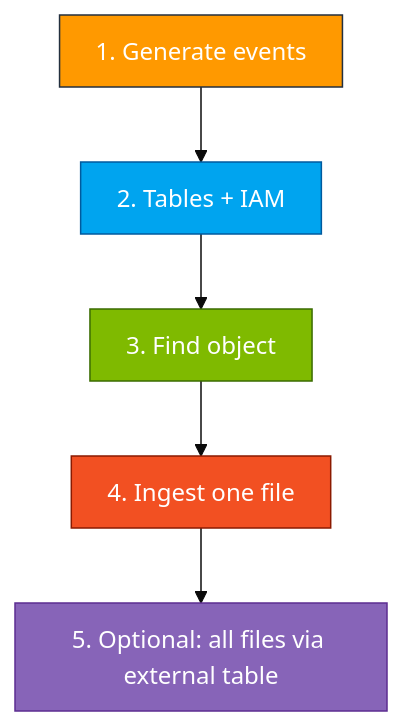
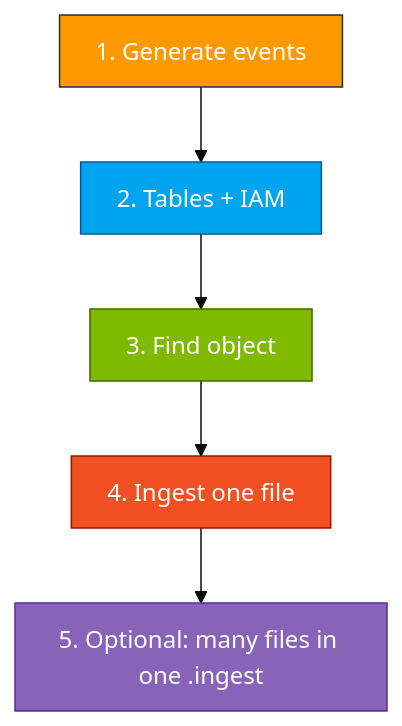
Before and after one commit to atingupta2005/adx-aws-training-aug-26: the diagram in Module_02_AWS_CloudTrail/02_CloudTrail_to_ADX_Lab.md, drawn with Mermaid. The commit also changed other lines of this file and 2 other files, not shown here.

Commit message:
Fix Module 02 bulk ingest: S3 external tables unsupported on this ADX.

````diff
--- a/Module_02_AWS_CloudTrail/02_CloudTrail_to_ADX_Lab.md
+++ b/Module_02_AWS_CloudTrail/02_CloudTrail_to_ADX_Lab.md
@@ -22,13 +22,13 @@
 ```mermaid
 %%{init: {"theme":"base","flowchart":{"htmlLabels":true,"padding":12}}}%%
 flowchart TB
   A["1. Generate events"] --> B["2. Tables + IAM"]
   B --> C["3. Find object"]
   C --> D["4. Ingest one file"]
-  D --> E["5. Optional: all files via external table"]
+  D --> E["5. Optional: many files in one .ingest"]
   style A fill:#FF9900,stroke:#232F3E,color:#fff
   style B fill:#00A4EF,stroke:#005A9E,color:#fff
   style C fill:#7FBA00,stroke:#3A6B00,color:#fff
   style D fill:#F25022,stroke:#8B1A00,color:#fff
   style E fill:#8764B8,stroke:#5C2D91,color:#fff
 ```
````
